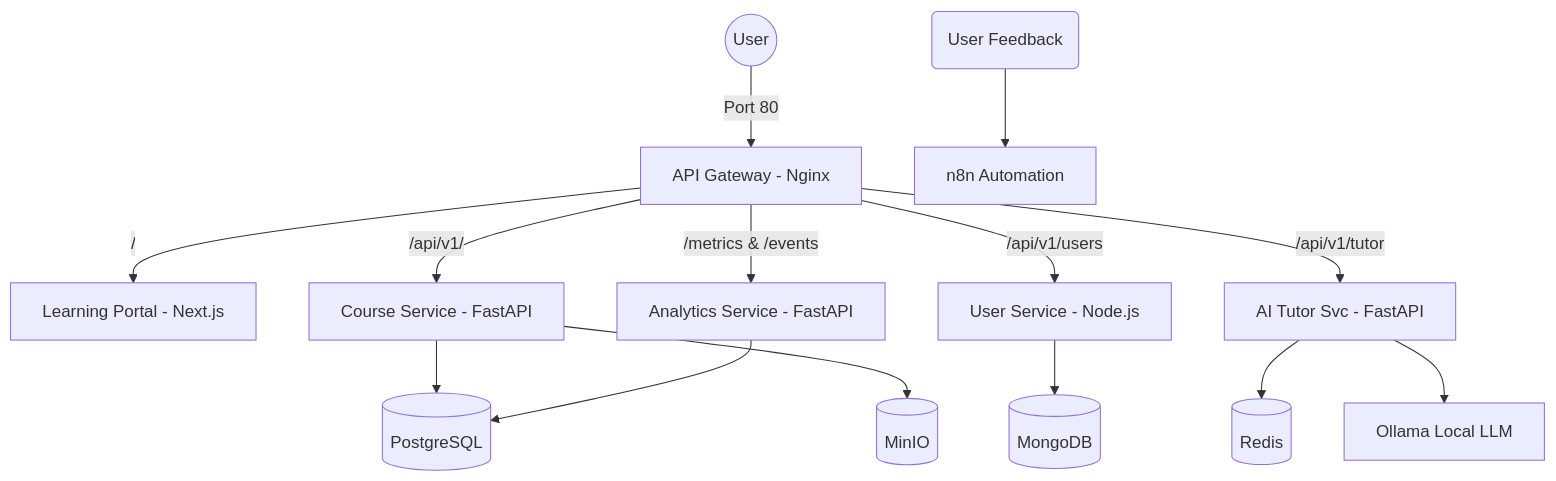
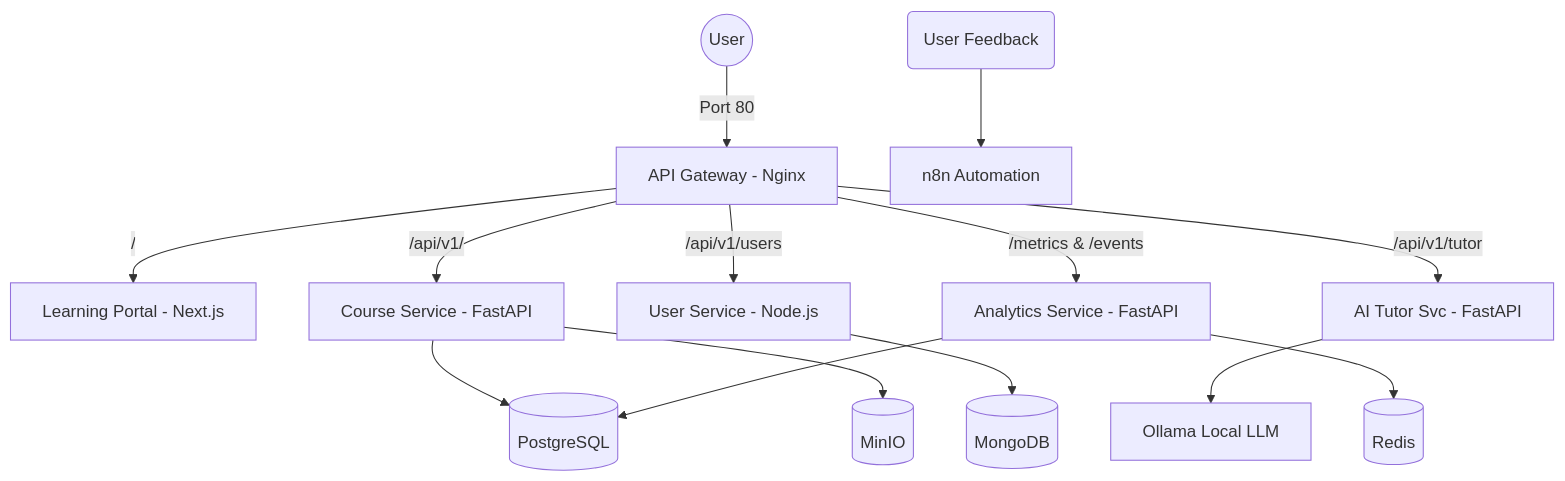
The diagram in README.md (Sen-Se1/elearning-microservice-platform), drawn with Mermaid before and after one commit.

Commit message:
docs: update architecture diagram to connect AnalyticsSvc to Redis

````diff
--- a/README.md
+++ b/README.md
@@ -9,19 +9,19 @@
 ```mermaid
 graph TD
     User((User)) -->|Port 80| Gateway[API Gateway - Nginx]
     Gateway -->|/| Frontend[Learning Portal - Next.js]
     Gateway -->|/api/v1/| CourseSvc[Course Service - FastAPI]
     Gateway -->|/api/v1/users| UserSvc[User Service - Node.js]
     Gateway -->|/api/v1/tutor| AITutorSvc[AI Tutor Svc - FastAPI]
     Gateway -->|/metrics & /events| AnalyticsSvc[Analytics Service - FastAPI]
     
     CourseSvc --> DB_PG[(PostgreSQL)]
     UserSvc --> DB_Mongo[(MongoDB)]
     AnalyticsSvc --> DB_PG
     
-    AITutorSvc --> DB_Redis[(Redis)]
+    AnalyticsSvc --> DB_Redis[(Redis)]
     AITutorSvc --> Ollama[Ollama Local LLM]
     CourseSvc --> DB_Minio[(MinIO)]
     
     Feedback(User Feedback) --> n8n[n8n Automation]
 ```
````
